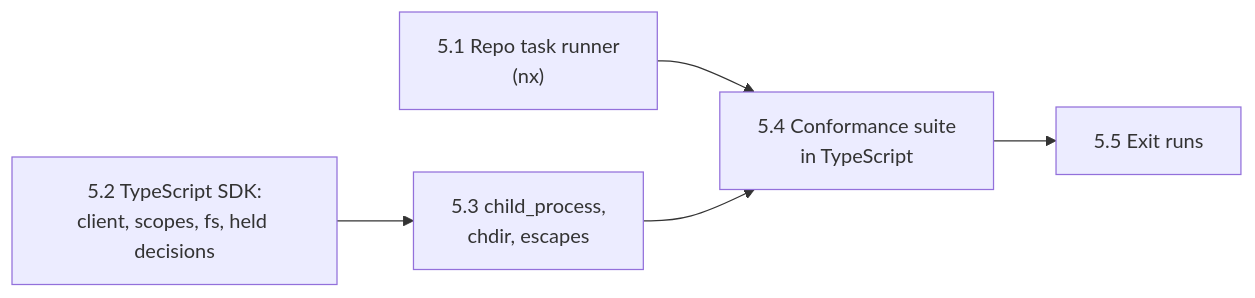
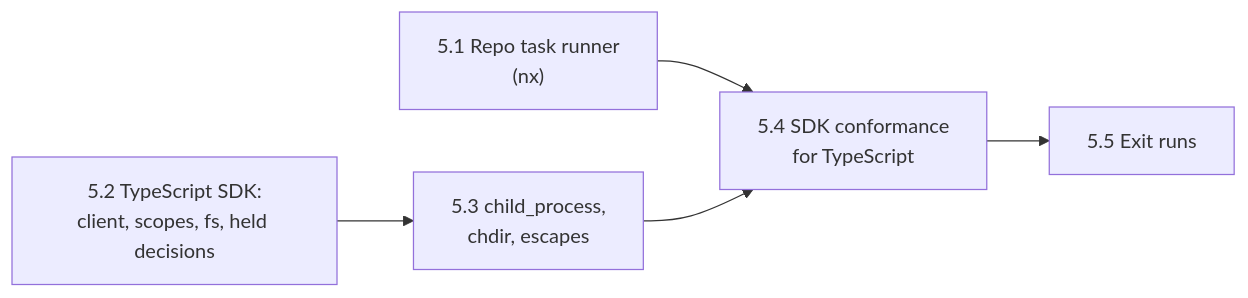
Before and after one commit to rcrsr/escrowd: the diagram in docs/phase-5-typescript-sdk.md, drawn with Mermaid. The commit also changed other lines of this file and 81 other files, not shown here.

First line of the commit message:
refactor(sdk): punchlist P4 and P5 (SDK split, model types, testkit, suite split) (#39)

````diff
--- a/docs/phase-5-typescript-sdk.md
+++ b/docs/phase-5-typescript-sdk.md
@@ -20,7 +22,7 @@
 ```mermaid
 flowchart LR
-    S1["5.1 Repo task runner<br/>(nx)"] --> S4["5.4 Conformance suite<br/>in TypeScript"]
+    S1["5.1 Repo task runner<br/>(nx)"] --> S4["5.4 SDK conformance<br/>for TypeScript"]
     S2["5.2 TypeScript SDK:<br/>client, scopes, fs, held decisions"] --> S3["5.3 child_process,<br/>chdir, escapes"]
     S3 --> S4
     S4 --> S5["5.5 Exit runs"]
 ```
````
